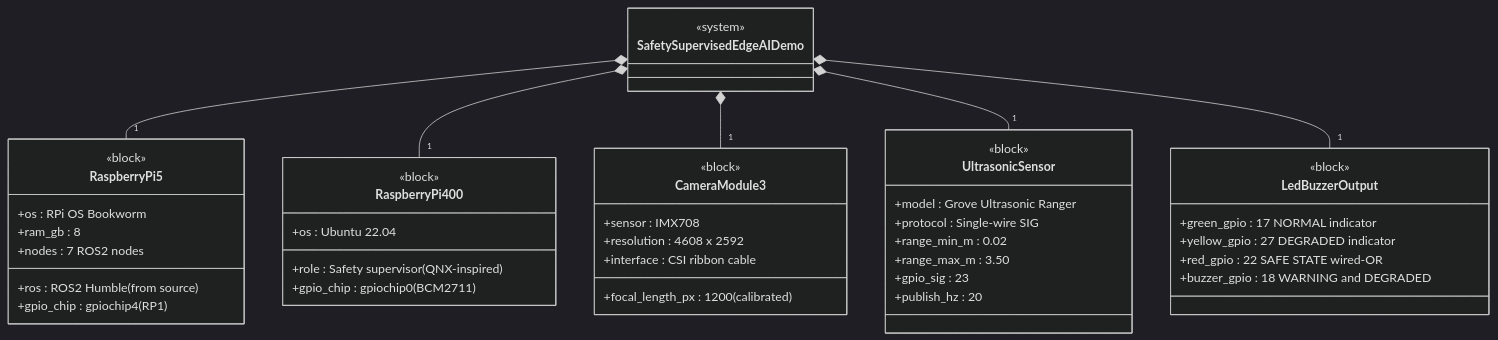
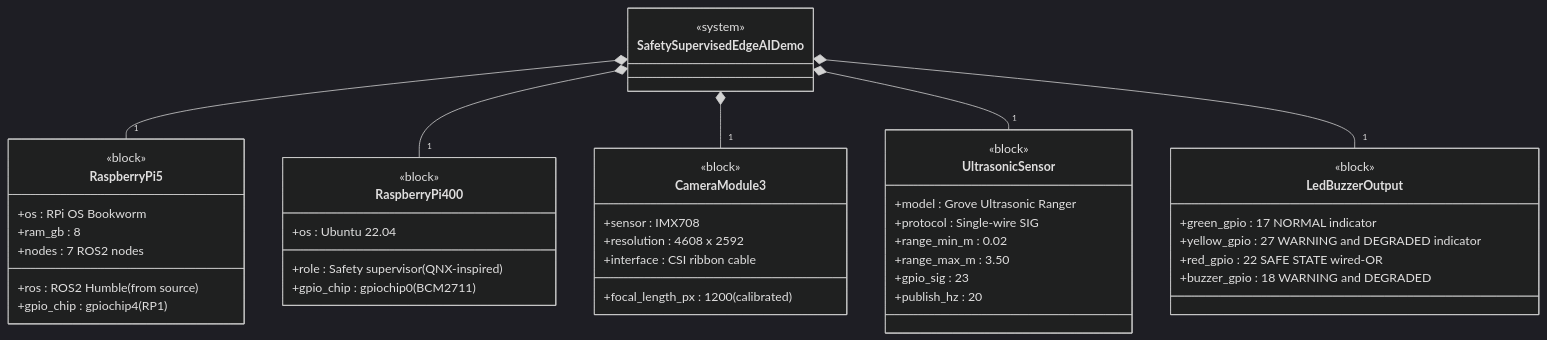
The first of 11 diagrams in docs/sysml/architecture_diagrams.md (tipou82/safety-supervised-edge-ai-demo), drawn with Mermaid (dark theme) before and after one commit. The commit also changed other lines of this file and 6 other files, not shown here.

First line of the commit message:
feat: yellow LED ON in WARNING and DEGRADED — code + all docs updated

````diff
--- a/docs/sysml/architecture_diagrams.md
+++ b/docs/sysml/architecture_diagrams.md
@@ -16,56 +16,56 @@
 ```mermaid
 classDiagram
     direction TB
 
     class SafetySupervisedEdgeAIDemo {
         <<system>>
     }
 
     class RaspberryPi5 {
         <<block>>
         +os : RPi OS Bookworm
         +ros : ROS2 Humble (from source)
         +ram_gb : 8
         +gpio_chip : gpiochip4 (RP1)
         +nodes : 7 ROS2 nodes
     }
 
     class RaspberryPi400 {
         <<block>>
         +os : Ubuntu 22.04
         +role : Safety supervisor (QNX-inspired)
         +gpio_chip : gpiochip0 (BCM2711)
     }
 
     class CameraModule3 {
         <<block>>
         +sensor : IMX708
         +resolution : 4608 x 2592
         +interface : CSI ribbon cable
         +focal_length_px : 1200 (calibrated)
     }
 
     class UltrasonicSensor {
         <<block>>
         +model : Grove Ultrasonic Ranger
         +protocol : Single-wire SIG
         +range_min_m : 0.02
         +range_max_m : 3.50
         +gpio_sig : 23
         +publish_hz : 20
     }
 
     class LedBuzzerOutput {
         <<block>>
         +green_gpio : 17  NORMAL indicator
-        +yellow_gpio : 27 DEGRADED indicator
+        +yellow_gpio : 27 WARNING and DEGRADED indicator
         +red_gpio : 22    SAFE STATE wired-OR
         +buzzer_gpio : 18 WARNING and DEGRADED
     }
 
     SafetySupervisedEdgeAIDemo *-- "1" RaspberryPi5
     SafetySupervisedEdgeAIDemo *-- "1" RaspberryPi400
     SafetySupervisedEdgeAIDemo *-- "1" CameraModule3
     SafetySupervisedEdgeAIDemo *-- "1" UltrasonicSensor
     SafetySupervisedEdgeAIDemo *-- "1" LedBuzzerOutput
 ```
````
